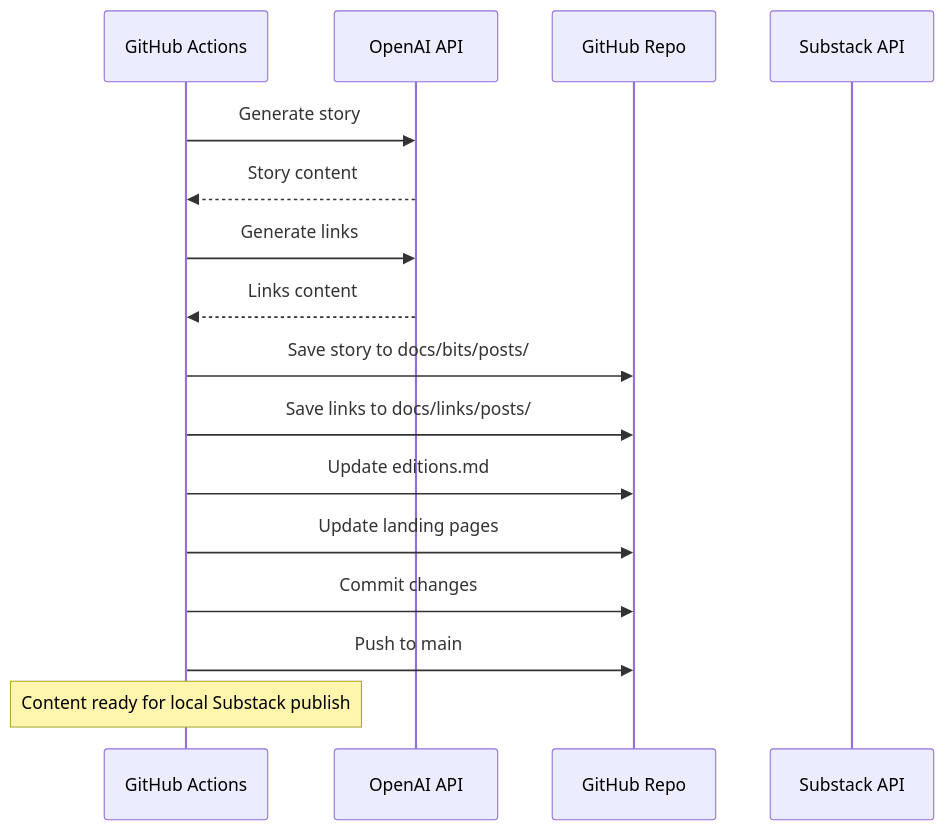
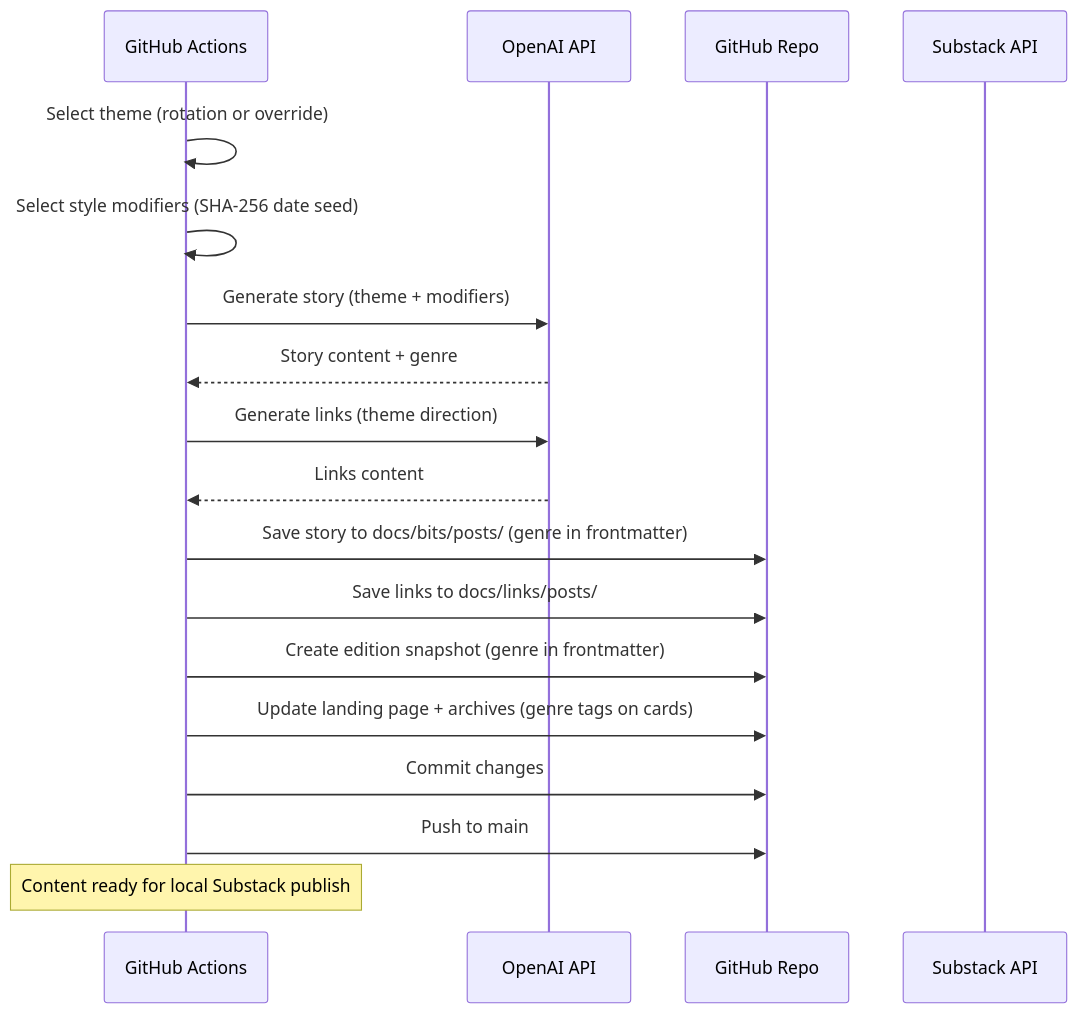
The fifth of 9 diagrams in SYSTEM_DESIGN.md (obscurebit/b1ts), drawn with Mermaid before and after one commit. The commit also changed other lines of this file and 19 other files, not shown here.

First line of the commit message:
Add style modifiers, genre tags, theme tags, --date backfill support, and 2026-02-10 edition

````diff
--- a/SYSTEM_DESIGN.md
+++ b/SYSTEM_DESIGN.md
@@ -181,22 +225,24 @@
 ```mermaid
 sequenceDiagram
     participant GA as GitHub Actions
     participant AI as OpenAI API
     participant GH as GitHub Repo
     participant SS as Substack API
     
-    GA->>AI: Generate story
-    AI-->>GA: Story content
-    GA->>AI: Generate links
+    GA->>GA: Select theme (rotation or override)
+    GA->>GA: Select style modifiers (SHA-256 date seed)
+    GA->>AI: Generate story (theme + modifiers)
+    AI-->>GA: Story content + genre
+    GA->>AI: Generate links (theme direction)
     AI-->>GA: Links content
     
-    GA->>GH: Save story to docs/bits/posts/
+    GA->>GH: Save story to docs/bits/posts/ (genre in frontmatter)
     GA->>GH: Save links to docs/links/posts/
-    GA->>GH: Update editions.md
-    GA->>GH: Update landing pages
+    GA->>GH: Create edition snapshot (genre in frontmatter)
+    GA->>GH: Update landing page + archives (genre tags on cards)
     
     GA->>GH: Commit changes
     GA->>GH: Push to main
     
     Note over GA: Content ready for local Substack publish
 ```
````
